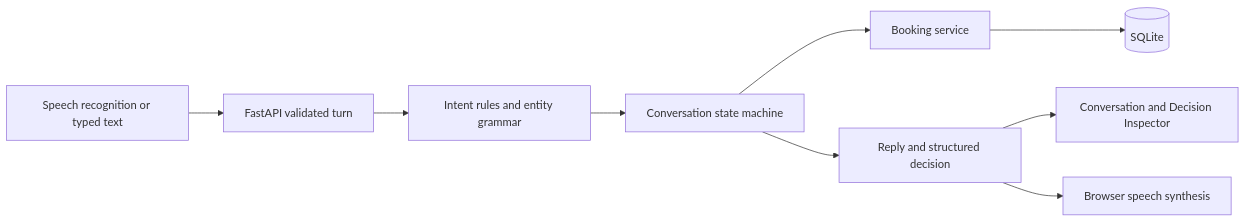
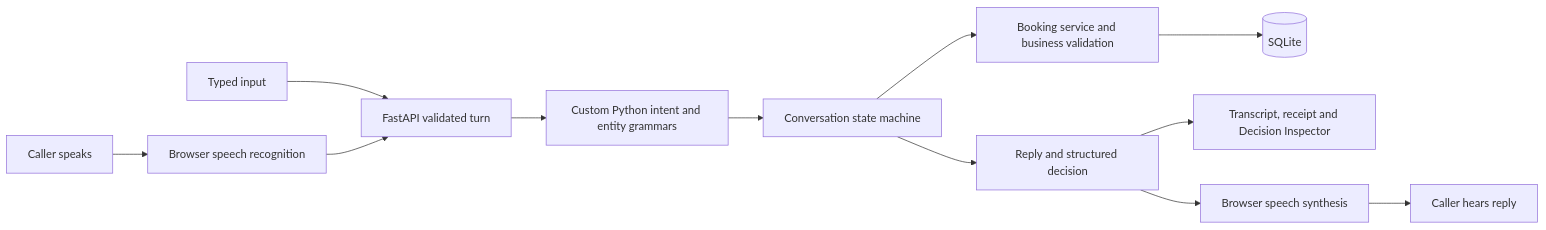
One commit to savvpro/savvpro-test-voice-agent changed the diagram in DESIGN.md. Above: the diagram before and after it, drawn with Mermaid. The commit also changed other lines of this file and 6 other files, not shown here.

````diff
--- a/DESIGN.md
+++ b/DESIGN.md
@@ -9,11 +11,14 @@
 ```mermaid
 flowchart LR
-  A[Speech recognition or typed text] --> B[FastAPI validated turn]
-  B --> C[Intent rules and entity grammar]
-  C --> D[Conversation state machine]
-  D --> E[Booking service]
-  E --> F[(SQLite)]
-  D --> G[Reply and structured decision]
-  G --> H[Conversation and Decision Inspector]
-  G --> I[Browser speech synthesis]
+  Caller[Caller speaks] --> STT[Browser speech recognition]
+  Typed[Typed input] --> API[FastAPI validated turn]
+  STT --> API
+  API --> Grammar[Custom Python intent and entity grammars]
+  Grammar --> Engine[Conversation state machine]
+  Engine --> Booking[Booking service and business validation]
+  Booking --> DB[(SQLite)]
+  Engine --> Result[Reply and structured decision]
+  Result --> UI[Transcript, receipt and Decision Inspector]
+  Result --> TTS[Browser speech synthesis]
+  TTS --> Heard[Caller hears reply]
 ```
````
